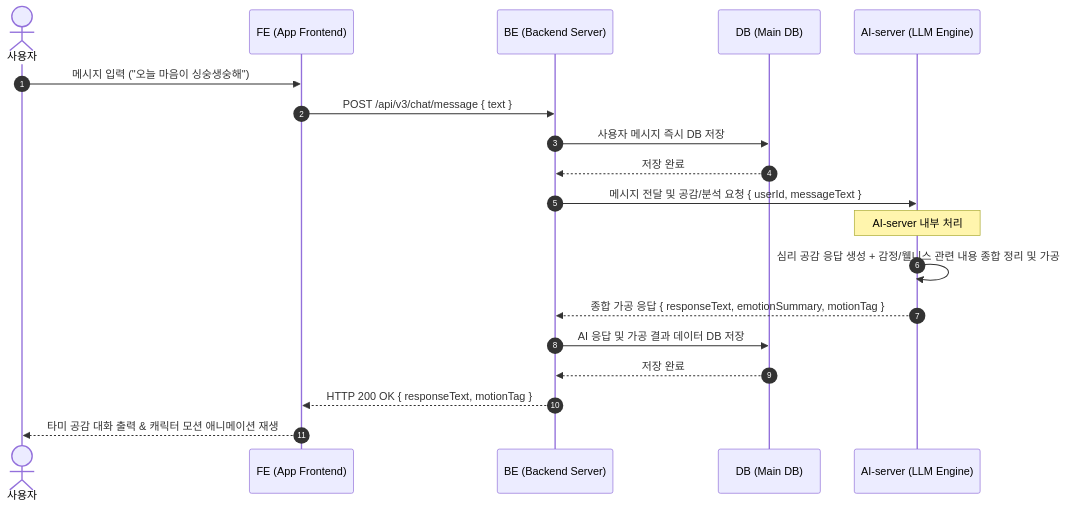
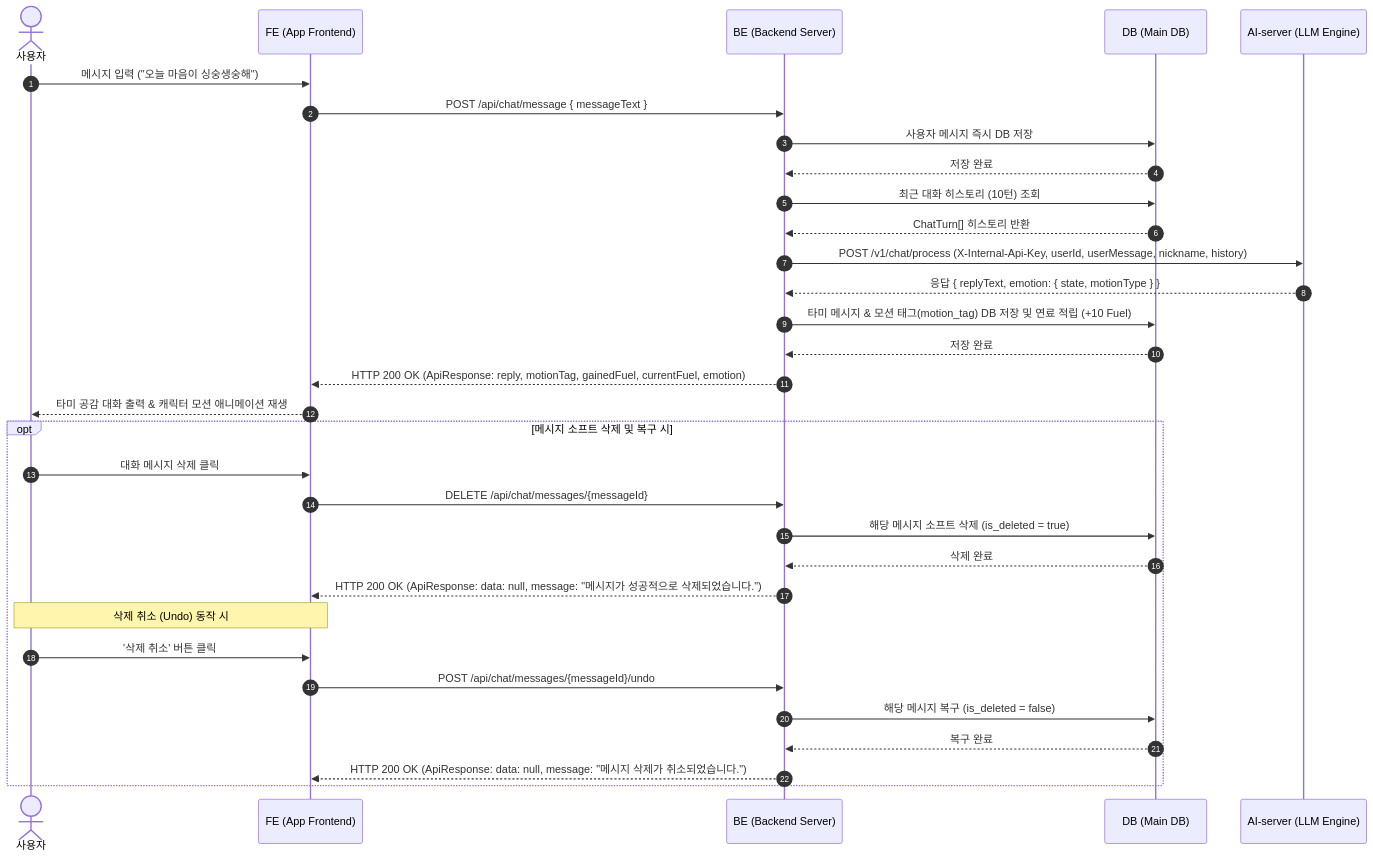
One commit to wooddang-gachon/NASA_backEnd changed the fourth of 7 diagrams in docs/2. v3/4. Sequence Diagram.md. Above: the diagram before and after it, drawn with Mermaid. The commit also changed other lines of this file and 123 other files, not shown here.

Commit message:
refactor: apply TypeDI field injection and add AI chat fallback mock

````diff
--- a/docs/2. v3/4. Sequence Diagram.md
+++ b/docs/2. v3/4. Sequence Diagram.md
@@ -110,24 +122,39 @@
 ```mermaid
 sequenceDiagram
     autonumber
     actor User as 사용자
     participant FE as FE (App Frontend)
     participant BE as BE (Backend Server)
     participant DB as DB (Main DB)
     participant AI as AI-server (LLM Engine)
 
     User->>FE: 메시지 입력 ("오늘 마음이 싱숭생숭해")
-    FE->>BE: POST /api/v3/chat/message { text }
+    FE->>BE: POST /api/chat/message { messageText }
     BE->>DB: 사용자 메시지 즉시 DB 저장
     DB-->>BE: 저장 완료
-    BE->>AI: 메시지 전달 및 공감/분석 요청 { userId, messageText }
+    BE->>DB: 최근 대화 히스토리 (10턴) 조회
+    DB-->>BE: ChatTurn[] 히스토리 반환
     
-    Note over AI: AI-server 내부 처리
-    AI->>AI: 심리 공감 응답 생성 + 감정/웰니스 관련 내용 종합 정리 및 가공
-    AI-->>BE: 종합 가공 응답 { responseText, emotionSummary, motionTag }
+    BE->>AI: POST /v1/chat/process (X-Internal-Api-Key, userId, userMessage, nickname, history)
+    AI-->>BE: 응답 { replyText, emotion: { state, motionType } }
     
-    BE->>DB: AI 응답 및 가공 결과 데이터 DB 저장
+    BE->>DB: 타미 메시지 & 모션 태그(motion_tag) DB 저장 및 연료 적립 (+10 Fuel)
     DB-->>BE: 저장 완료
-    BE-->>FE: HTTP 200 OK { responseText, motionTag }
+    BE-->>FE: HTTP 200 OK (ApiResponse: reply, motionTag, gainedFuel, currentFuel, emotion)
     FE-->>User: 타미 공감 대화 출력 & 캐릭터 모션 애니메이션 재생
+
+    opt 메시지 소프트 삭제 및 복구 시
+        User->>FE: 대화 메시지 삭제 클릭
+        FE->>BE: DELETE /api/chat/messages/{messageId}
+        BE->>DB: 해당 메시지 소프트 삭제 (is_deleted = true)
+        DB-->>BE: 삭제 완료
+        BE-->>FE: HTTP 200 OK (ApiResponse: data: null, message: "메시지가 성공적으로 삭제되었습니다.")
+        
+        Note over User, FE: 삭제 취소 (Undo) 동작 시
+        User->>FE: '삭제 취소' 버튼 클릭
+        FE->>BE: POST /api/chat/messages/{messageId}/undo
+        BE->>DB: 해당 메시지 복구 (is_deleted = false)
+        DB-->>BE: 복구 완료
+        BE-->>FE: HTTP 200 OK (ApiResponse: data: null, message: "메시지 삭제가 취소되었습니다.")
+    end
 ```
````
